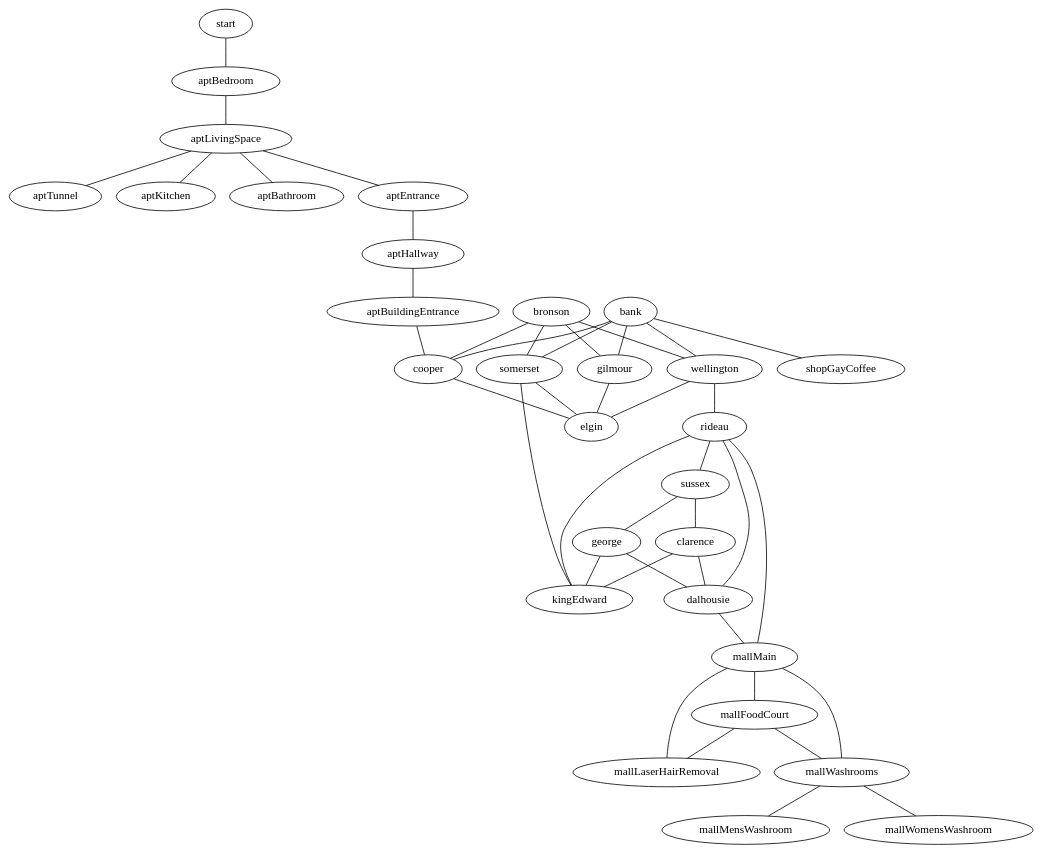
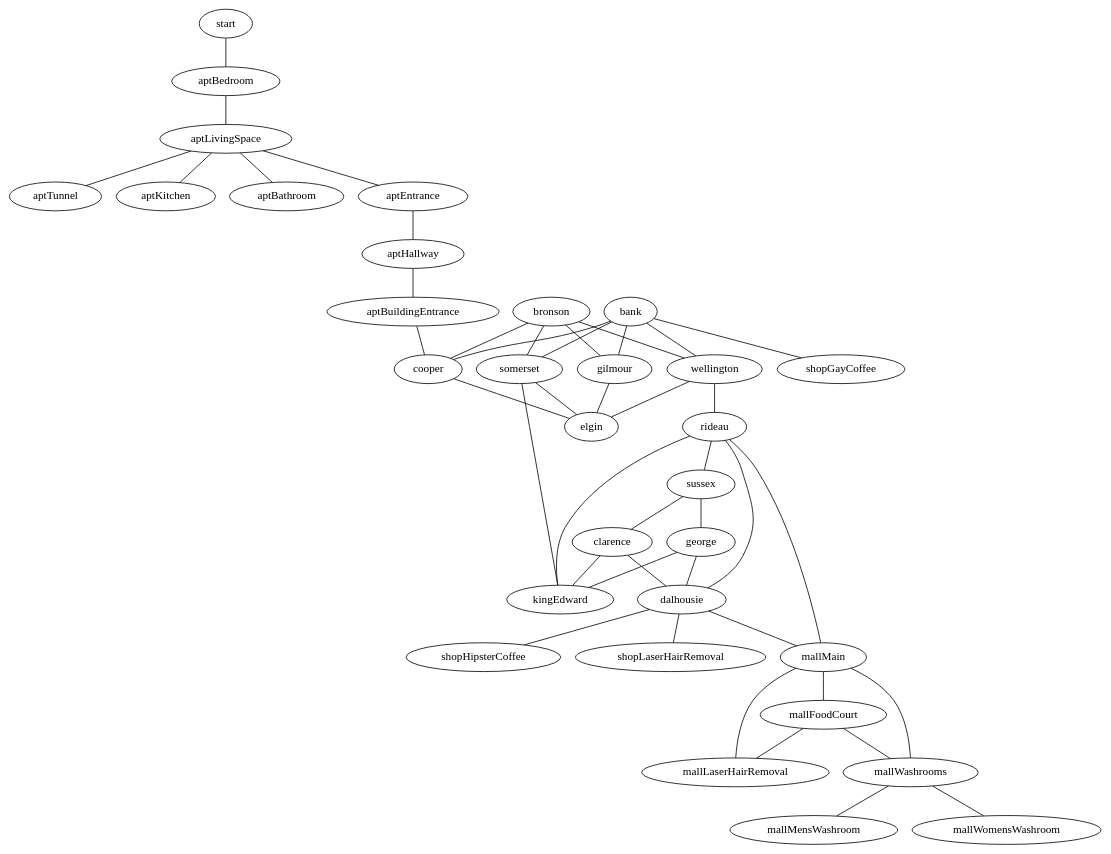
Before and after one commit to maelys-mcardle/adventure: the diagram in examples/ottawa/entities/world/values.dot, drawn with Graphviz. The commit also changed 16 other files, not shown here.

```diff
--- a/examples/ottawa/entities/world/values.dot
+++ b/examples/ottawa/entities/world/values.dot
@@ -1,54 +1,56 @@
 graph location {
 
   start -- aptBedroom
 
   subgraph streets {
     bank -- wellington -- elgin
     bank -- cooper -- elgin
     bank -- somerset -- elgin
     bank -- gilmour -- elgin
 
     bronson -- wellington
     bronson -- cooper
     bronson -- somerset
     bronson -- gilmour   
 
     wellington -- rideau
 
     rideau -- sussex
     rideau -- dalhousie
     rideau -- kingEdward
 
     sussex -- george -- dalhousie
     sussex -- clarence -- dalhousie
     somerset -- kingEdward
     george -- kingEdward
     clarence -- kingEdward
   }
 
   subgraph apartment {
     aptBedroom -- aptLivingSpace -- aptTunnel
     aptLivingSpace -- aptKitchen
     aptLivingSpace -- aptBathroom
     aptLivingSpace -- aptEntrance -- aptHallway 
     aptHallway -- aptBuildingEntrance -- cooper
   }
 
   subgraph shops {
     bank -- shopGayCoffee
+    dalhousie -- shopLaserHairRemoval
+    dalhousie -- shopHipsterCoffee
   }
 
   subgraph mall {
     rideau -- mallMain 
     dalhousie -- mallMain
 
     mallMain -- mallFoodCourt
     mallMain -- mallLaserHairRemoval
     mallMain -- mallWashrooms
     mallFoodCourt -- mallLaserHairRemoval
     mallFoodCourt -- mallWashrooms
 
     mallWashrooms -- mallMensWashroom
     mallWashrooms -- mallWomensWashroom
   }
 }
```
